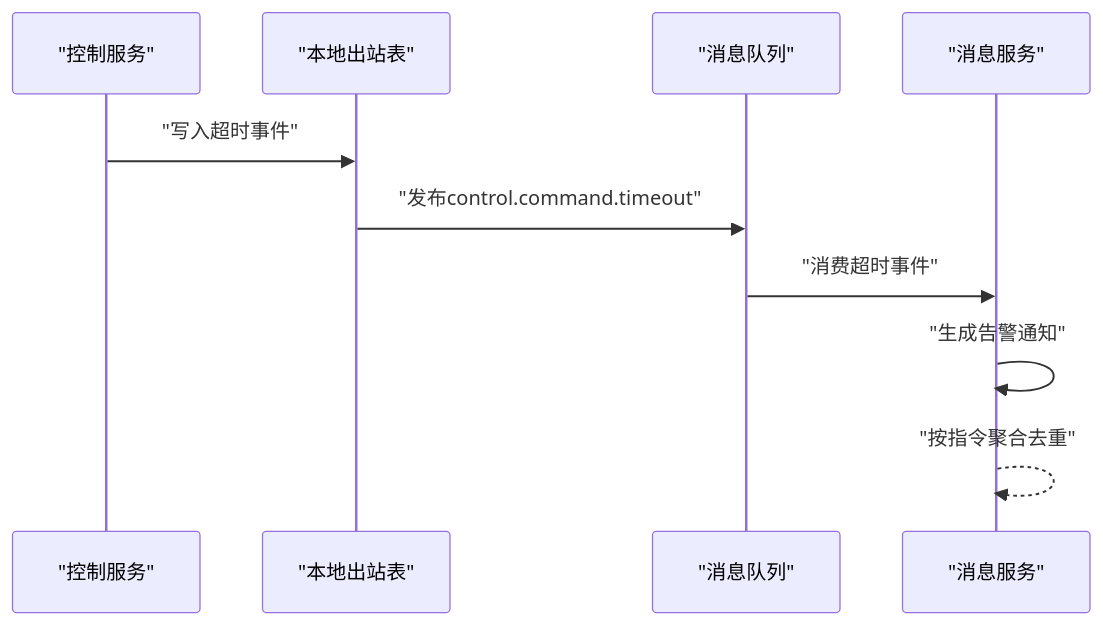
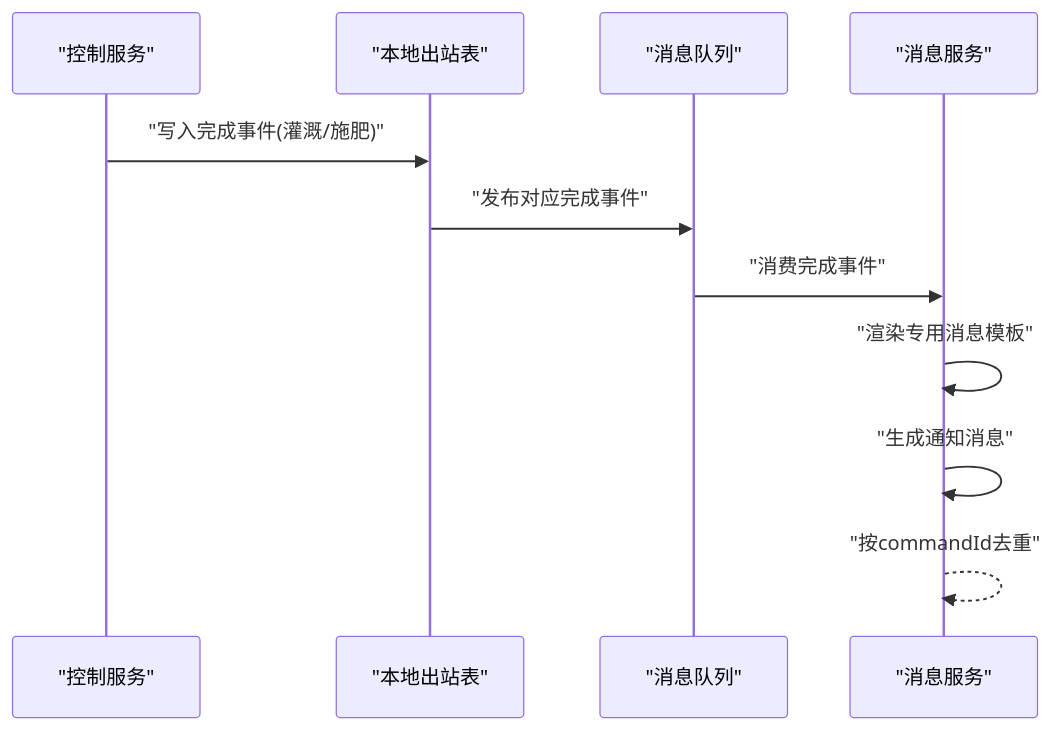
Diagram 19 of 34 in .qoder/repowiki/zh/content/核心服务文档/其他业务服务.md (q446328246/agri-platform), drawn with Mermaid before and after one commit. The commit also changed other lines of this file and 35 other files, not shown here.

````diff
--- a/.qoder/repowiki/zh/content/核心服务文档/其他业务服务.md
+++ b/.qoder/repowiki/zh/content/核心服务文档/其他业务服务.md
@@ -482,12 +585,13 @@
 ```mermaid
 sequenceDiagram
 participant CS as "控制服务"
 participant OUTBOX as "本地出站表"
 participant MQ as "消息队列"
 participant MS as "消息服务"
-CS->>OUTBOX : "写入超时事件"
-OUTBOX->>MQ : "发布control.command.timeout"
-MQ->>MS : "消费超时事件"
-MS->>MS : "生成告警通知"
-MS-->>MS : "按指令聚合去重"
+CS->>OUTBOX : "写入完成事件(灌溉/施肥)"
+OUTBOX->>MQ : "发布对应完成事件"
+MQ->>MS : "消费完成事件"
+MS->>MS : "渲染专用消息模板"
+MS->>MS : "生成通知消息"
+MS-->>MS : "按commandId去重"
 ```
````
